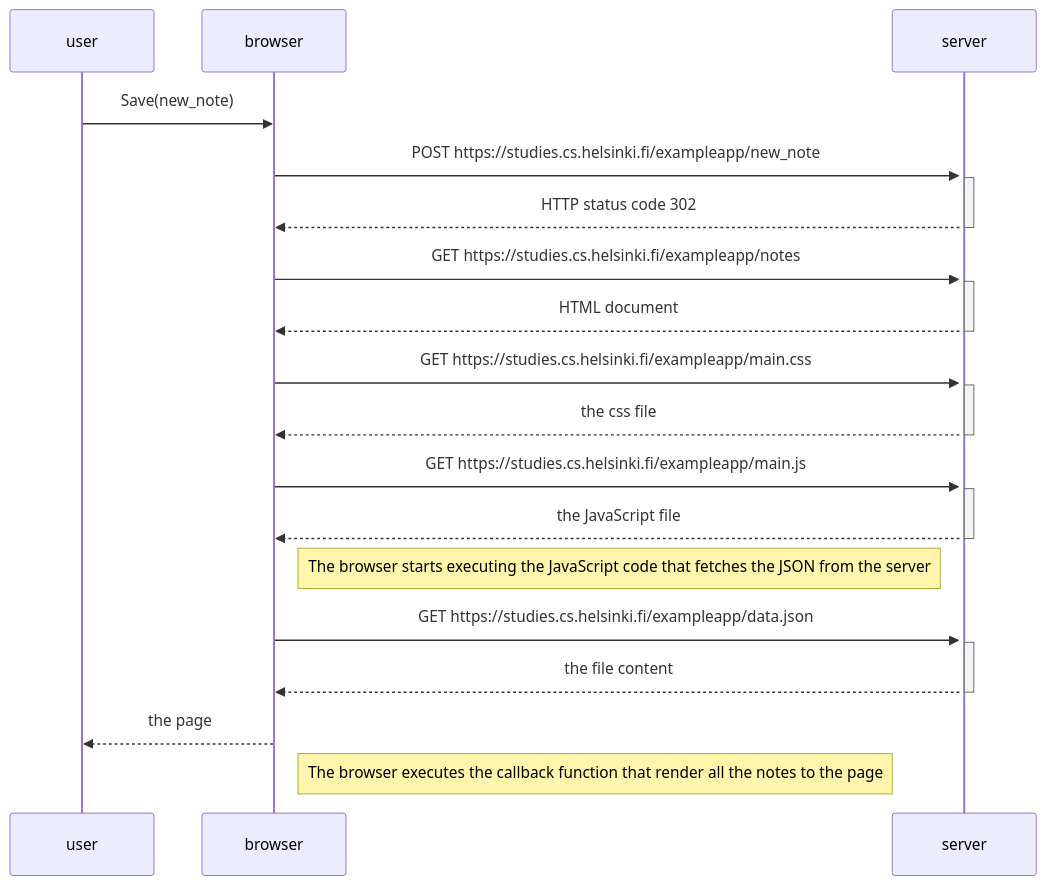
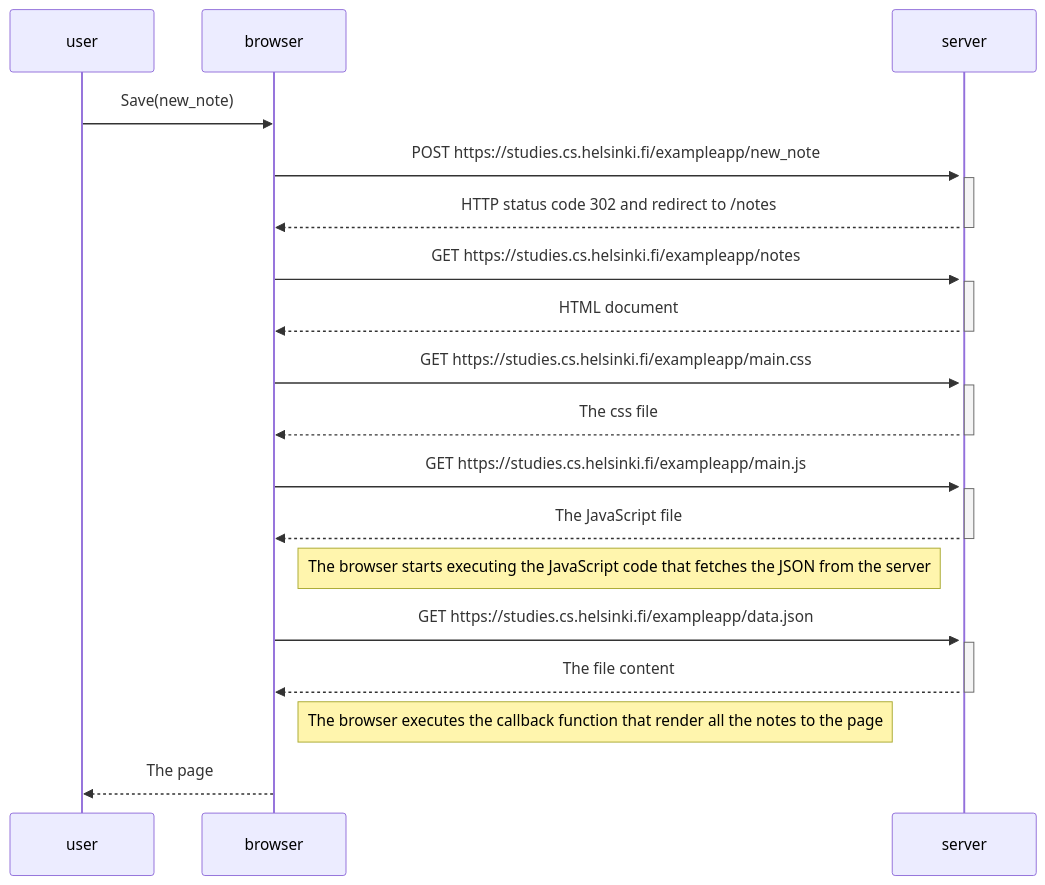
The first of 3 diagrams in README.md (sania587/Sequence_Diagrams_Part_0), drawn with Mermaid before and after one commit. The commit also changed other lines of this file, not shown here.

````diff
--- a/README.md
+++ b/README.md
@@ -4,40 +4,40 @@
 ```mermaid
 sequenceDiagram
     participant user
     participant browser
     participant server
 
     user->>browser: Save(new_note)
     activate server
 
     browser->>server: POST https://studies.cs.helsinki.fi/exampleapp/new_note 
     activate server
-    server-->>browser: HTTP status code 302
+    server-->>browser: HTTP status code 302 and redirect to /notes
     deactivate server
 
     browser->>server: GET https://studies.cs.helsinki.fi/exampleapp/notes
     activate server
     server-->>browser: HTML document
     deactivate server
 
     browser->>server: GET https://studies.cs.helsinki.fi/exampleapp/main.css
     activate server
-    server-->>browser: the css file
+    server-->>browser: The css file
     deactivate server
 
     browser->>server: GET https://studies.cs.helsinki.fi/exampleapp/main.js
     activate server
-    server-->>browser: the JavaScript file
+    server-->>browser: The JavaScript file
     deactivate server
 
     Note right of browser: The browser starts executing the JavaScript code that fetches the JSON from the server
 
     browser->>server: GET https://studies.cs.helsinki.fi/exampleapp/data.json
     activate server
-    server-->>browser: the file content
+    server-->>browser: The file content
     deactivate server
 
-    browser-->>user: the page
+    Note right of browser: The browser executes the callback function that render all the notes to the page
 
-    Note right of browser: The browser executes the callback function that render all the notes to the page
+    browser-->>user: The page
 ```
````
